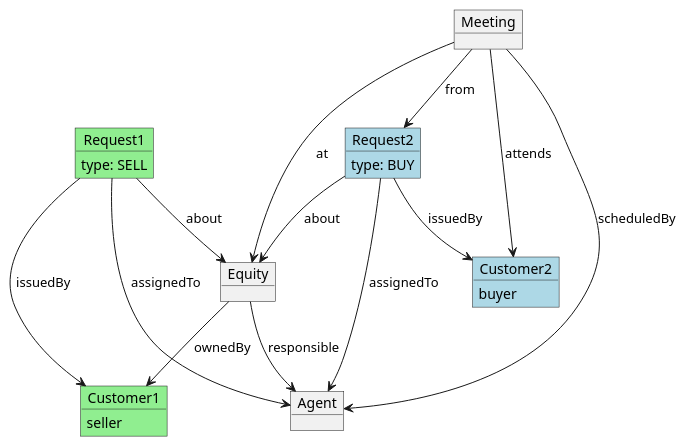
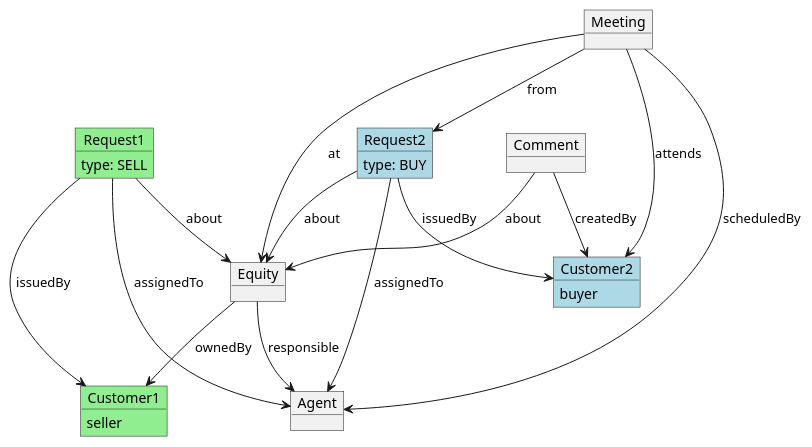
One commit to vantonov1/meet changed the diagram in objects.puml. Above: the diagram before and after it, drawn with PlantUML. The commit also changed 19 other files, not shown here.

```diff
--- a/objects.puml
+++ b/objects.puml
@@ -1,35 +1,38 @@
 @startuml
 
 object Equity
 object Agent
 object Customer1 #lightgreen {
     seller
 }
 object Customer2 #lightblue {
     buyer
 }
 object Request1 #lightgreen{
     type: SELL
 }
 object Request2 #lightblue {
     type: BUY
 }
 object Meeting
+object Comment
 
 Equity --> Customer1 : ownedBy
 Equity --> Agent : responsible
 
 Request1 --> Equity : about
 Request1 --> Customer1 : issuedBy
 Request1 --> Agent : assignedTo
 
 Request2 --> Equity : about
 Request2 --> Customer2 : issuedBy
 Request2 --> Agent : assignedTo
 
 Meeting --> Equity : at
 Meeting --> Request2 : from
 Meeting --> Customer2 : attends
 Meeting --> Agent : scheduledBy
 
+Comment -> Customer2: createdBy
+Comment --> Equity : about
 @enduml
```
